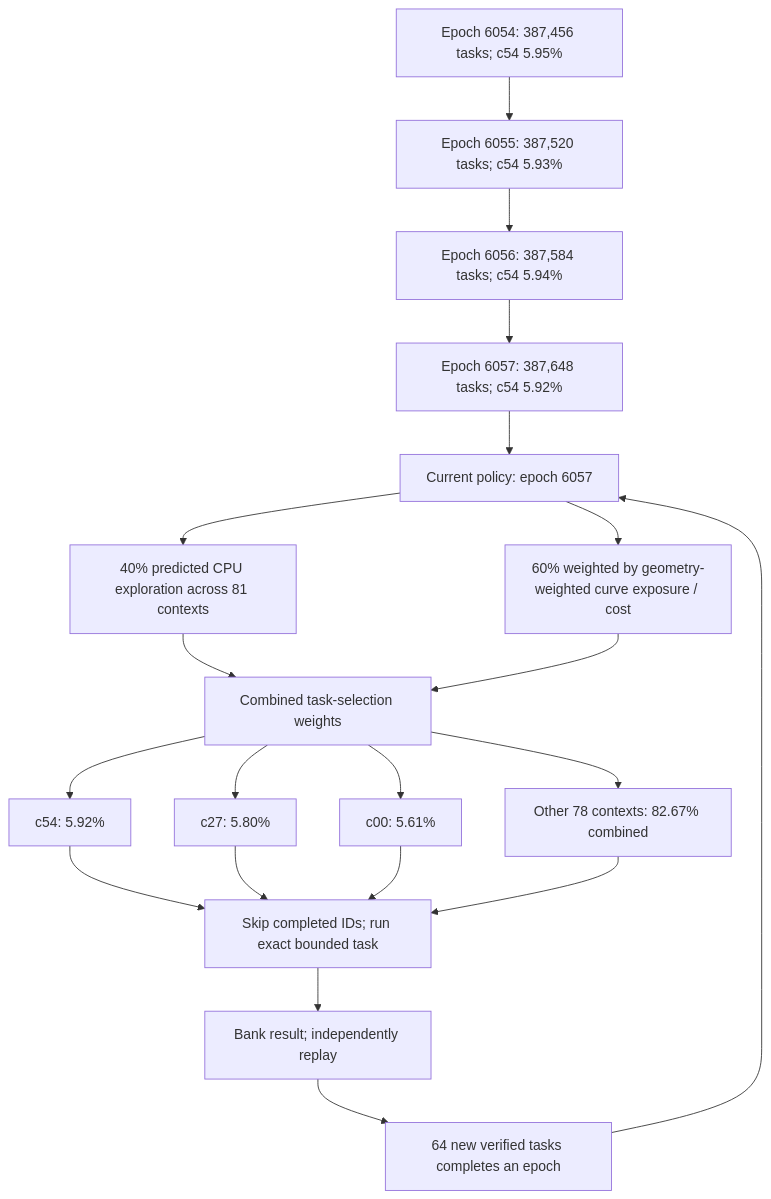
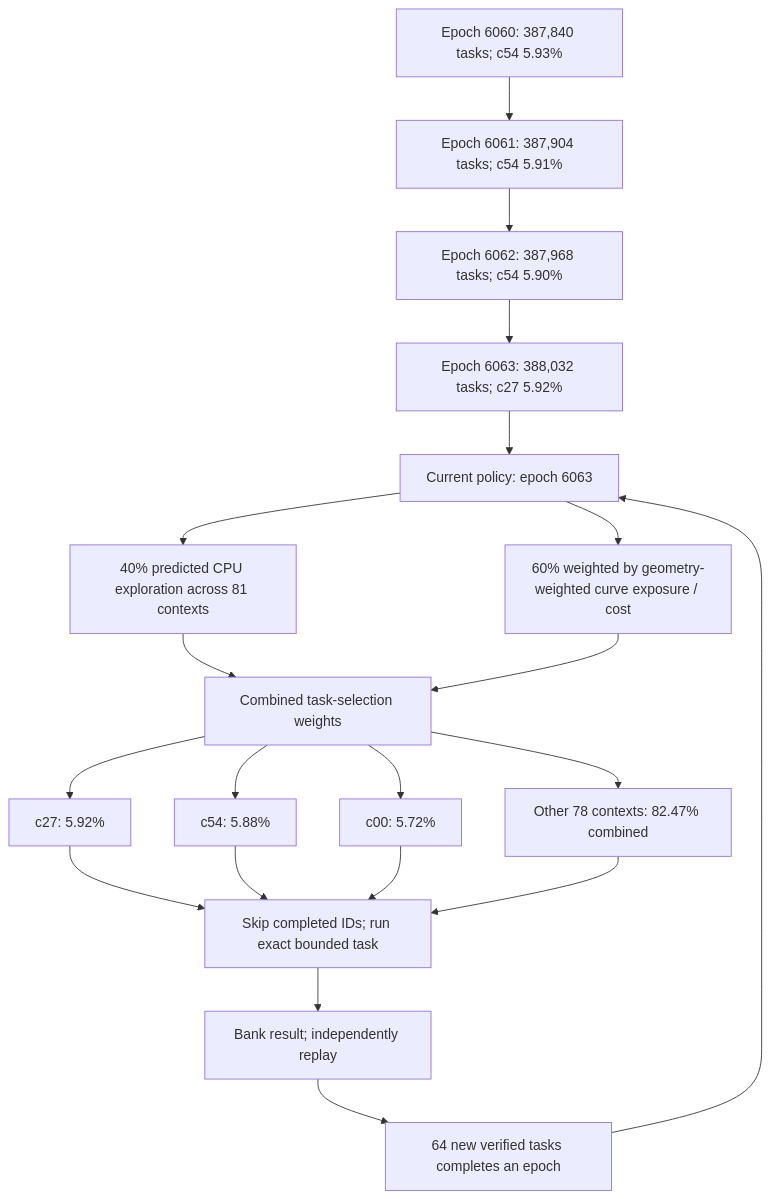
The first of 4 diagrams in README.md (Kuberwastaken/math-gambling), drawn with Mermaid before and after one commit. The commit also changed other lines of this file and 1926 other files, not shown here.

````diff
--- a/README.md
+++ b/README.md
@@ -60,27 +60,27 @@
 ```mermaid
 flowchart TD
-    H0["Epoch 6054: 387,456 tasks; c54 5.95%"]
-    H1["Epoch 6055: 387,520 tasks; c54 5.93%"]
+    H0["Epoch 6060: 387,840 tasks; c54 5.93%"]
+    H1["Epoch 6061: 387,904 tasks; c54 5.91%"]
     H0 --> H1
-    H2["Epoch 6056: 387,584 tasks; c54 5.94%"]
+    H2["Epoch 6062: 387,968 tasks; c54 5.90%"]
     H1 --> H2
-    H3["Epoch 6057: 387,648 tasks; c54 5.92%"]
+    H3["Epoch 6063: 388,032 tasks; c27 5.92%"]
     H2 --> H3
-    Policy["Current policy: epoch 6057"]
+    Policy["Current policy: epoch 6063"]
     H3 --> Policy
     Policy --> Explore["40% predicted CPU exploration across 81 contexts"]
     Policy --> Cost["60% weighted by geometry-weighted curve exposure / cost"]
     Explore --> Mix["Combined task-selection weights"]
     Cost --> Mix
-    Mix --> C0["c54: 5.92%"]
-    Mix --> C1["c27: 5.80%"]
-    Mix --> C2["c00: 5.61%"]
-    Mix --> Rest["Other 78 contexts: 82.67% combined"]
+    Mix --> C0["c27: 5.92%"]
+    Mix --> C1["c54: 5.88%"]
+    Mix --> C2["c00: 5.72%"]
+    Mix --> Rest["Other 78 contexts: 82.47% combined"]
     C0 --> Check["Skip completed IDs; run exact bounded task"]
     C1 --> Check
     C2 --> Check
     Rest --> Check
     Check --> Replay["Bank result; independently replay"]
     Replay --> Gate["64 new verified tasks completes an epoch"]
     Gate --> Policy
 ```
````
